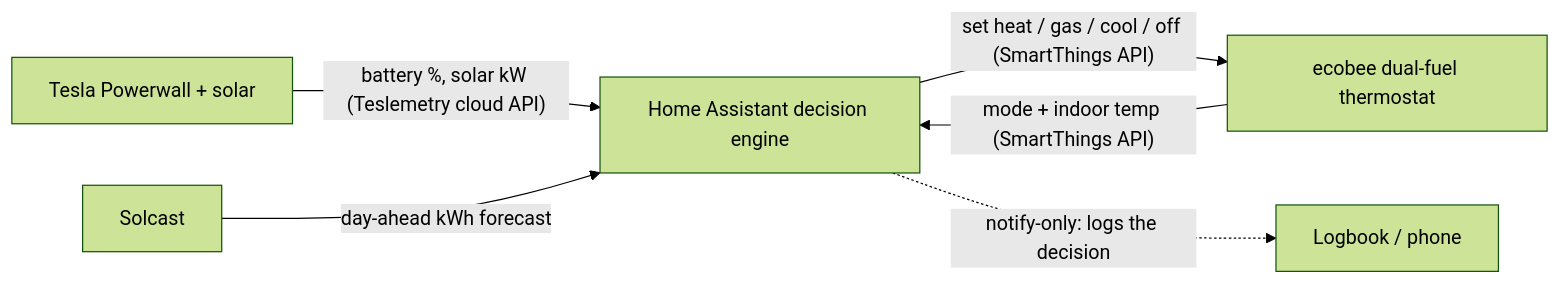
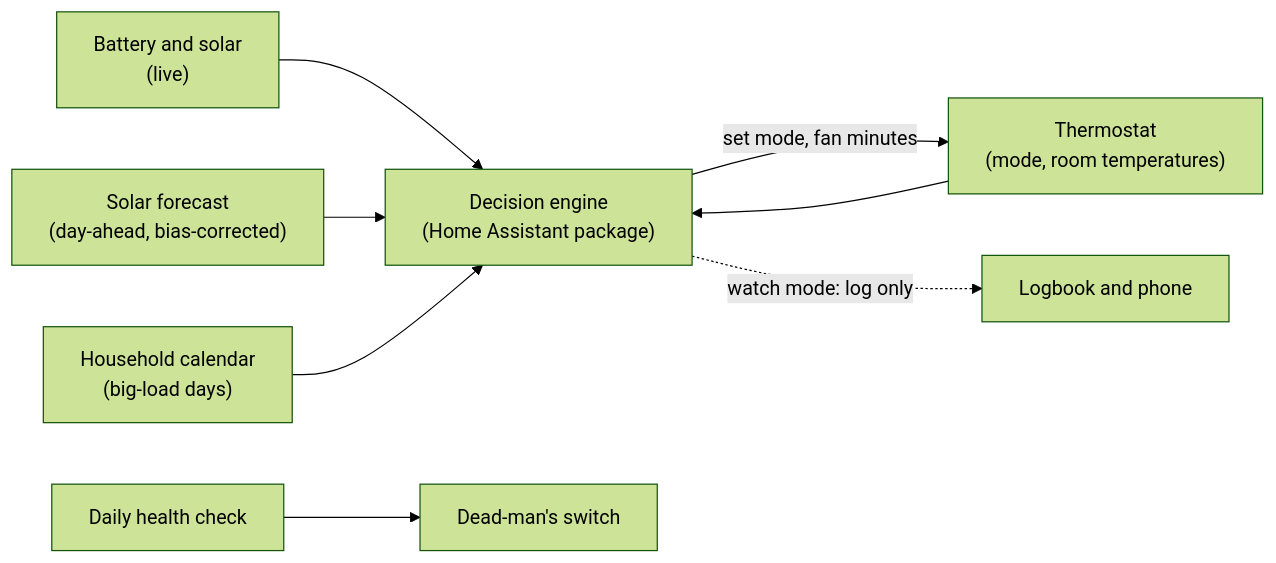
One commit to govnarayan/energy-os changed the diagram in README.md. Above: the diagram before and after it, drawn with Mermaid (forest theme). The commit also changed other lines of this file and 23 other files, not shown here.

````diff
--- a/README.md
+++ b/README.md
@@ -58,8 +24,10 @@
 ```mermaid
 flowchart LR
-    PW["Tesla Powerwall + solar"] -->|"battery %, solar kW (Teslemetry cloud API)"| HA
-    SOL["Solcast"] -->|"day-ahead kWh forecast"| HA
-    ECO["ecobee dual-fuel thermostat"] -->|"mode + indoor temp (SmartThings API)"| HA
-    HA["Home Assistant decision engine"] -->|"set heat / gas / cool / off (SmartThings API)"| ECO
-    HA -.->|"notify-only: logs the decision"| LOG["Logbook / phone"]
+    BAT["Battery and solar<br/>(live)"] --> ENGINE
+    FC["Solar forecast<br/>(day-ahead, bias-corrected)"] --> ENGINE
+    CAL["Household calendar<br/>(big-load days)"] --> ENGINE
+    TH["Thermostat<br/>(mode, room temperatures)"] --> ENGINE
+    ENGINE["Decision engine<br/>(Home Assistant package)"] -->|"set mode, fan minutes"| TH
+    ENGINE -.->|"watch mode: log only"| LOG["Logbook and phone"]
+    HEALTH["Daily health check"] --> PING["Dead-man's switch"]
 ```
````
